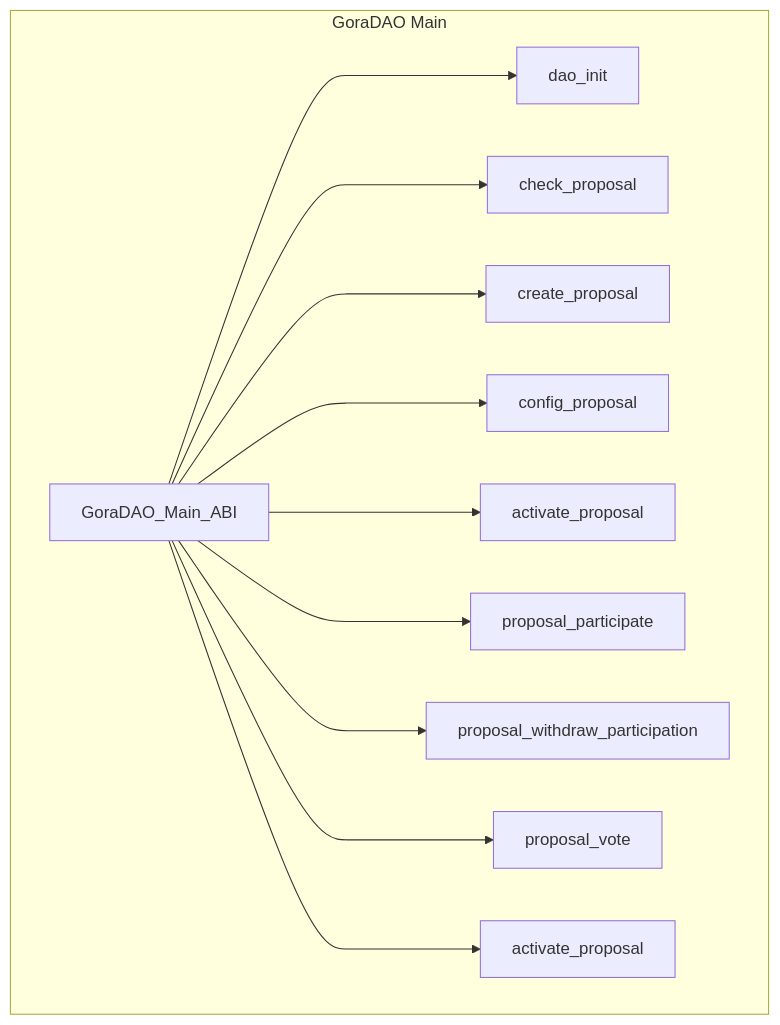
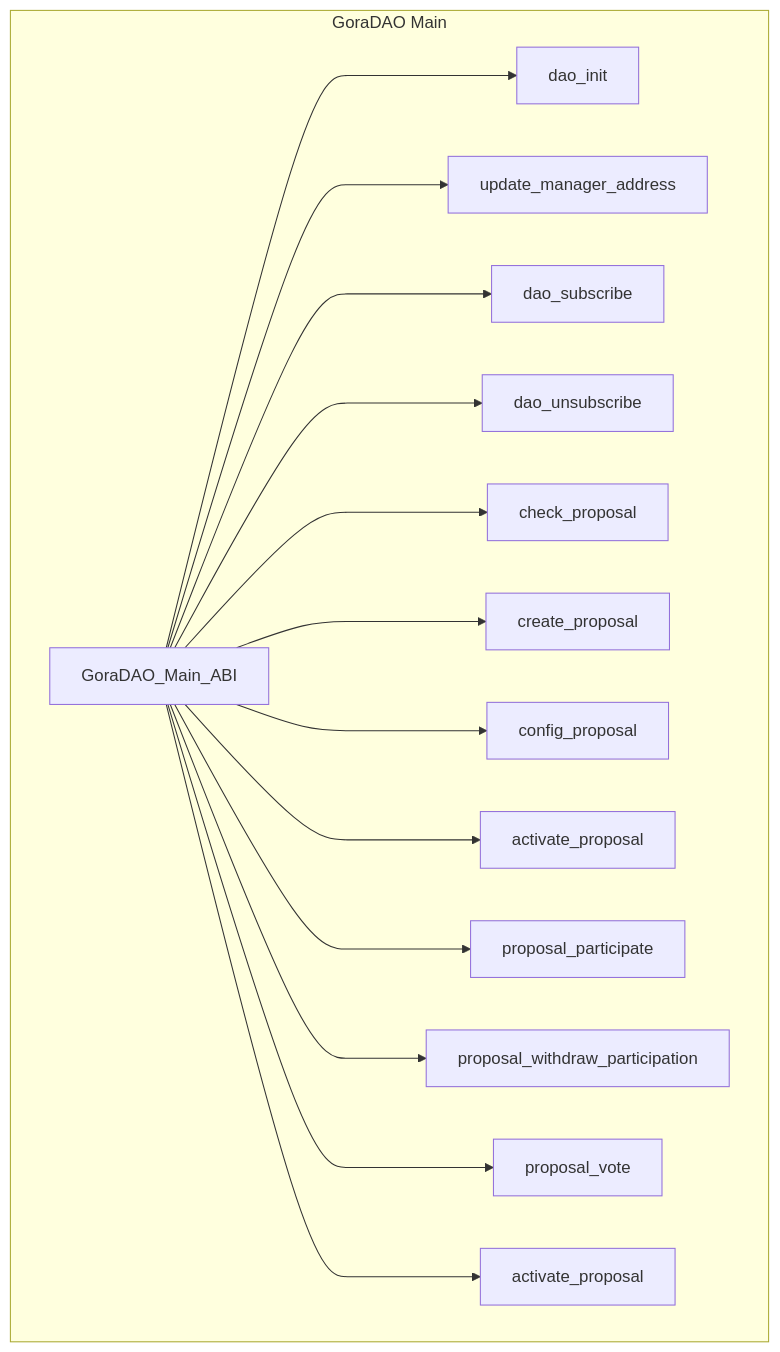
The sixth of 6 diagrams in README.md (GoraNetwork/gora-dao-smartcontracts), drawn with Mermaid before and after one commit. The commit also changed other lines of this file, not shown here.

````diff
--- a/README.md
+++ b/README.md
@@ -205,31 +205,37 @@
 ```mermaid
 
 graph TB
  
       subgraph GoraDAO Main
             GoraDAO_Main[GoraDAO_Main_ABI]
-            GoraDAO_Init[dao_init]
-            GoraDAO_Check_Proposal[check_proposal]
-            GoraDAO_Create_Proposal[create_proposal]
-            GoraDAO_Configure_Proposal[config_proposal]
-            GoraDAO_Activate_Voting[activate_proposal]
-            GoraDAO_Proposal_Participate[proposal_participate]
-            GoraDAO_Proposal_Withdraw_Participation[proposal_withdraw_participation]
-            GoraDAO_Proposal_Vote[proposal_vote]
-            GoraDAO_Close_Proposal[activate_proposal]
+            DAO_Init[dao_init]
+            Update_Manager_address[update_manager_address]
+            DAO_Subscribe[dao_subscribe]
+            DAO_Unsubscribe[dao_unsubscribe]
+            Check_Proposal[check_proposal]
+            Create_Proposal[create_proposal]
+            Configure_Proposal[config_proposal]
+            Activate_Voting[activate_proposal]
+            Proposal_Participate[proposal_participate]
+            Proposal_Withdraw_Participation[proposal_withdraw_participation]
+            Proposal_Vote[proposal_vote]
+            Force_Close_Proposal[activate_proposal]
        
         end
       
 
-      GoraDAO_Main[GoraDAO_Main_ABI] ---> GoraDAO_Init
-      GoraDAO_Main[GoraDAO_Main_ABI] ---> GoraDAO_Check_Proposal
-      GoraDAO_Main[GoraDAO_Main_ABI] ---> GoraDAO_Create_Proposal
-      GoraDAO_Main[GoraDAO_Main_ABI] ---> GoraDAO_Configure_Proposal
-      GoraDAO_Main[GoraDAO_Main_ABI] ---> GoraDAO_Activate_Voting
-      GoraDAO_Main[GoraDAO_Main_ABI] ---> GoraDAO_Proposal_Participate
-      GoraDAO_Main[GoraDAO_Main_ABI] ---> GoraDAO_Proposal_Withdraw_Participation
-      GoraDAO_Main[GoraDAO_Main_ABI] ---> GoraDAO_Proposal_Vote
-      GoraDAO_Main[GoraDAO_Main_ABI] ---> GoraDAO_Close_Proposal
+      GoraDAO_Main[GoraDAO_Main_ABI] ---> DAO_Init
+      GoraDAO_Main[GoraDAO_Main_ABI] ---> Update_Manager_address
+      GoraDAO_Main[GoraDAO_Main_ABI] ---> DAO_Subscribe
+      GoraDAO_Main[GoraDAO_Main_ABI] ---> DAO_Unsubscribe
+      GoraDAO_Main[GoraDAO_Main_ABI] ---> Check_Proposal
+      GoraDAO_Main[GoraDAO_Main_ABI] ---> Create_Proposal
+      GoraDAO_Main[GoraDAO_Main_ABI] ---> Configure_Proposal
+      GoraDAO_Main[GoraDAO_Main_ABI] ---> Activate_Voting
+      GoraDAO_Main[GoraDAO_Main_ABI] ---> Proposal_Participate
+      GoraDAO_Main[GoraDAO_Main_ABI] ---> Proposal_Withdraw_Participation
+      GoraDAO_Main[GoraDAO_Main_ABI] ---> Proposal_Vote
+      GoraDAO_Main[GoraDAO_Main_ABI] ---> Force_Close_Proposal
  
 
 ```
````
